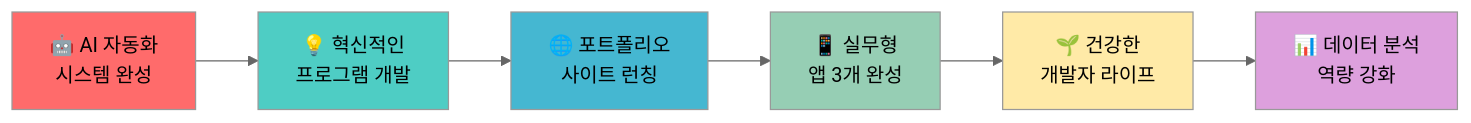
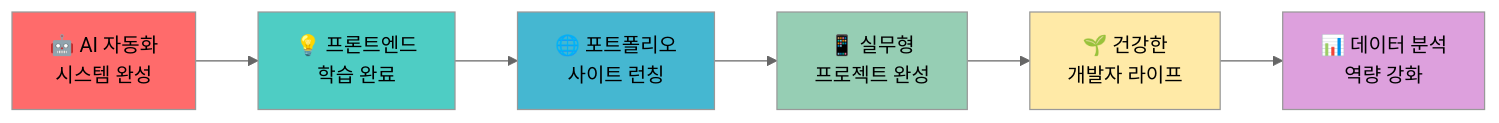
Before and after one commit to junetapa-juncheol/junetapa-juncheol: the diagram in README.md, drawn with Mermaid (neutral theme). The commit also changed other lines of this file, not shown here.

````diff
--- a/README.md
+++ b/README.md
@@ -165,15 +161,15 @@
 ```mermaid
 graph LR
-    A[🤖 AI 자동화<br/>시스템 완성] --> B[💡 혁신적인<br/>프로그램 개발]
+    A[🤖 AI 자동화<br/>시스템 완성] --> B[💡 프론트엔드<br/>학습 완료]
     B --> C[🌐 포트폴리오<br/>사이트 런칭]
-    C --> D[📱 실무형<br/>앱 3개 완성]
+    C --> D[📱 실무형<br/>프로젝트 완성]
     D --> E[🌱 건강한<br/>개발자 라이프]
     E --> F[📊 데이터 분석<br/>역량 강화]
     
     style A fill:#ff6b6b
     style B fill:#4ecdc4
     style C fill:#45b7d1
     style D fill:#96ceb4
     style E fill:#ffeaa7
     style F fill:#dda0dd
 ```
````
